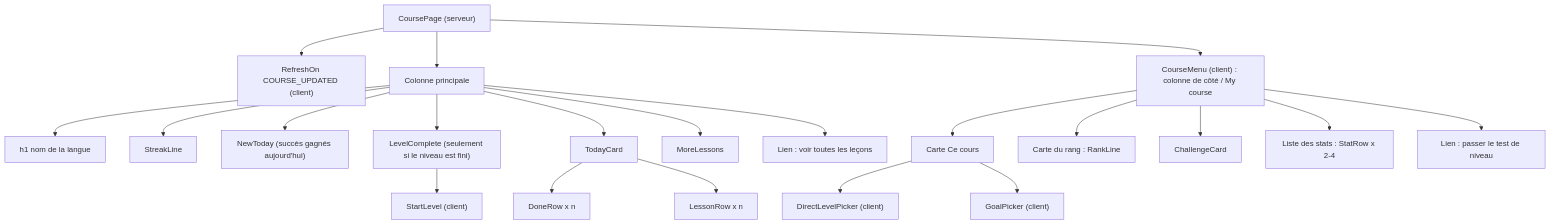
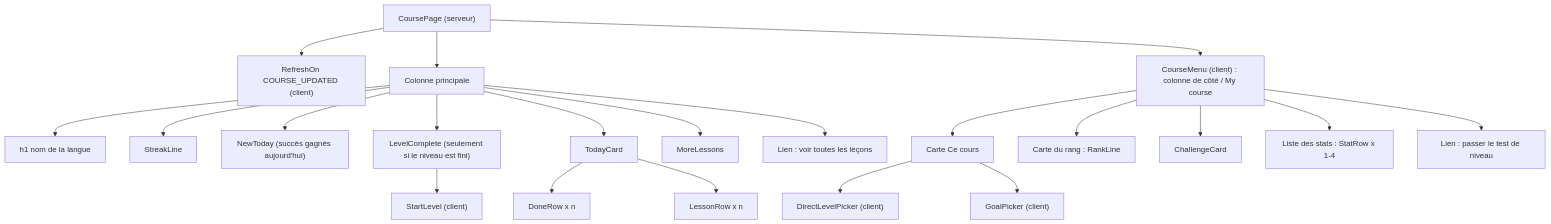
One commit to VictorBro/ft_transcendence changed the third of 9 diagrams in docs-fr/web/06-learning-pages.md. Above: the diagram before and after it, drawn with Mermaid. The commit also changed other lines of this file and 31 other files, not shown here.

````diff
--- a/docs-fr/web/06-learning-pages.md
+++ b/docs-fr/web/06-learning-pages.md
@@ -245,25 +245,25 @@
 ```mermaid
 flowchart TD
     P["CoursePage (serveur)"] --> RO["RefreshOn COURSE_UPDATED (client)"]
     P --> MAIN["Colonne principale"]
     P --> CM["CourseMenu (client) : colonne de côté / My course"]
 
     MAIN --> H1["h1 nom de la langue"]
     MAIN --> SL["StreakLine"]
     MAIN --> NT["NewToday (succès gagnés aujourd'hui)"]
     MAIN --> LC["LevelComplete (seulement si le niveau est fini)"]
     LC --> STL["StartLevel (client)"]
     MAIN --> TC["TodayCard"]
     TC --> DR["DoneRow x n"]
     TC --> LR["LessonRow x n"]
     MAIN --> ML["MoreLessons"]
     MAIN --> SA["Lien : voir toutes les leçons"]
 
     CM --> S1["Carte Ce cours"]
     S1 --> DLP["DirectLevelPicker (client)"]
     S1 --> GP["GoalPicker (client)"]
     CM --> RK["Carte du rang : RankLine"]
     CM --> CC["ChallengeCard"]
-    CM --> ST["Liste des stats : StatRow x 2-4"]
+    CM --> ST["Liste des stats : StatRow x 1-4"]
     CM --> PL["Lien : passer le test de niveau"]
 ```
````
